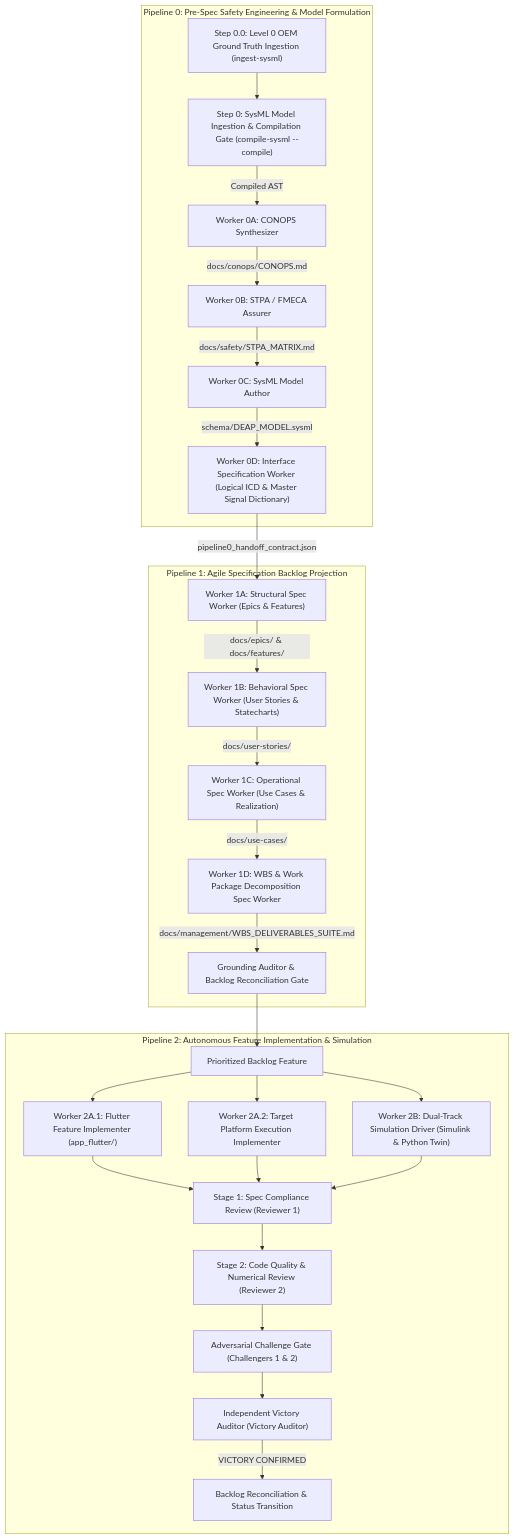
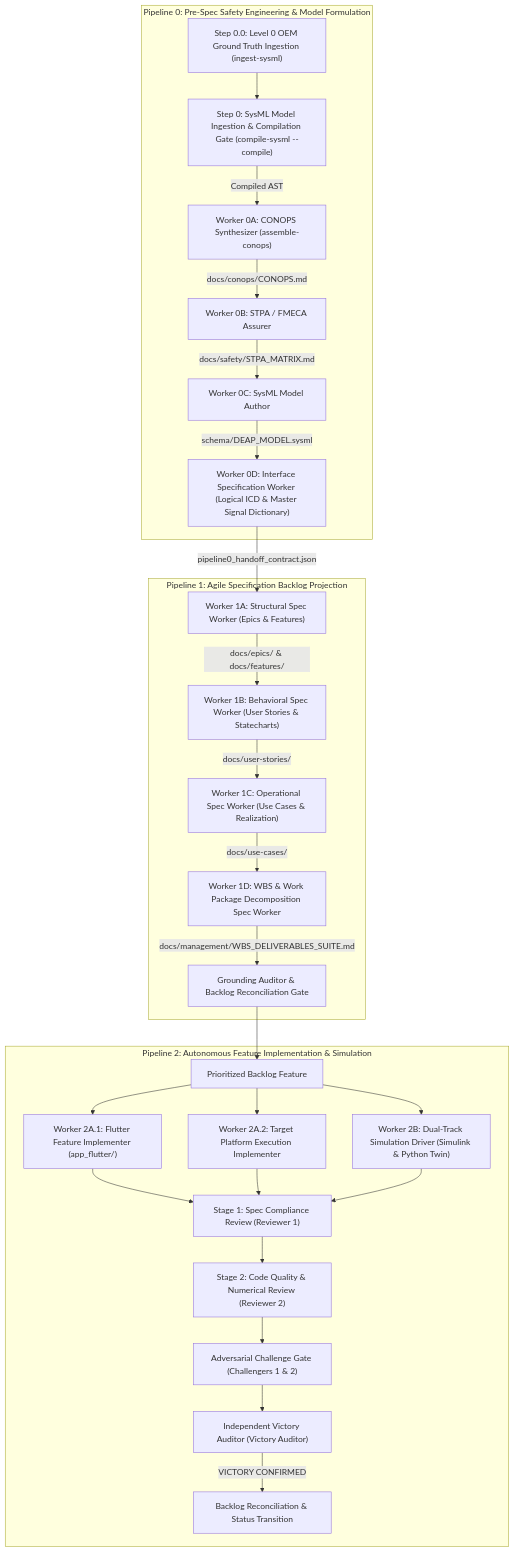
One commit to gintatkinson/dumpiler-01 changed the diagram in README.md. Above: the diagram before and after it, drawn with Mermaid. The commit also changed other lines of this file and 14 other files, not shown here.

Commit message:
feat(assemble-conops): port assemble_conops.py to high-performance native Rust crate

````diff
--- a/README.md
+++ b/README.md
@@ -112,30 +113,30 @@
 ```mermaid
 flowchart TD
     subgraph P0["Pipeline 0: Pre-Spec Safety Engineering & Model Formulation"]
         Step00["Step 0.0: Level 0 OEM Ground Truth Ingestion (ingest-sysml)"] --> Step0["Step 0: SysML Model Ingestion & Compilation Gate (compile-sysml --compile)"]
-        Step0 -->|"Compiled AST"| W0A["Worker 0A: CONOPS Synthesizer"]
+        Step0 -->|"Compiled AST"| W0A["Worker 0A: CONOPS Synthesizer (assemble-conops)"]
         W0A -->|"docs/conops/CONOPS.md"| W0B["Worker 0B: STPA / FMECA Assurer"]
         W0B -->|"docs/safety/STPA_MATRIX.md"| W0C["Worker 0C: SysML Model Author"]
         W0C -->|"schema/DEAP_MODEL.sysml"| W0D["Worker 0D: Interface Specification Worker (Logical ICD & Master Signal Dictionary)"]
     end
 
     subgraph P1["Pipeline 1: Agile Specification Backlog Projection"]
         W0D -->|"pipeline0_handoff_contract.json"| W1A["Worker 1A: Structural Spec Worker (Epics & Features)"]
         W1A -->|"docs/epics/ & docs/features/"| W1B["Worker 1B: Behavioral Spec Worker (User Stories & Statecharts)"]
         W1B -->|"docs/user-stories/"| W1C["Worker 1C: Operational Spec Worker (Use Cases & Realization)"]
         W1C -->|"docs/use-cases/"| W1D["Worker 1D: WBS & Work Package Decomposition Spec Worker"]
         W1D -->|"docs/management/WBS_DELIVERABLES_SUITE.md"| Reconcile["Grounding Auditor & Backlog Reconciliation Gate"]
     end
 
     subgraph P2["Pipeline 2: Autonomous Feature Implementation & Simulation"]
         Reconcile --> Backlog["Prioritized Backlog Feature"]
         Backlog --> W2A1["Worker 2A.1: Flutter Feature Implementer (app_flutter/)"]
         Backlog --> W2A2["Worker 2A.2: Target Platform Execution Implementer"]
         Backlog --> W2B["Worker 2B: Dual-Track Simulation Driver (Simulink & Python Twin)"]
         W2A1 & W2A2 & W2B --> Rev1["Stage 1: Spec Compliance Review (Reviewer 1)"]
         Rev1 --> Rev2["Stage 2: Code Quality & Numerical Review (Reviewer 2)"]
         Rev2 --> Chall["Adversarial Challenge Gate (Challengers 1 & 2)"]
         Chall --> Victory["Independent Victory Auditor (Victory Auditor)"]
         Victory -->|"VICTORY CONFIRMED"| Release["Backlog Reconciliation & Status Transition"]
     end
 ```
````
